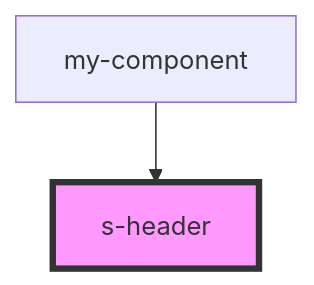
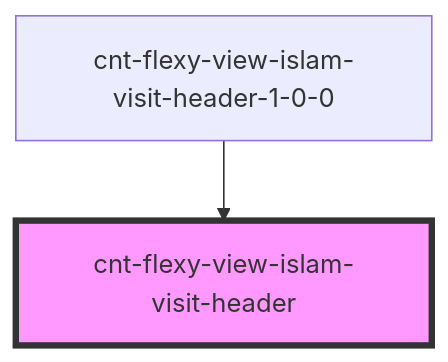
Before and after one commit to Muzagov/Visit: the diagram in src/components/cnt-flexy-view-islam-visit-header-1-0-0/res/view/cnt-flexy-view-islam-visit-header/readme.md, drawn with Mermaid. The commit also changed other lines of this file and 19 other files, not shown here.

````diff
--- a/src/components/cnt-flexy-view-islam-visit-header-1-0-0/res/view/cnt-flexy-view-islam-visit-header/readme.md
+++ b/src/components/cnt-flexy-view-islam-visit-header-1-0-0/res/view/cnt-flexy-view-islam-visit-header/readme.md
@@ -22,5 +32,5 @@
 ```mermaid
 graph TD;
-  my-component --> s-header
-  style s-header fill:#f9f,stroke:#333,stroke-width:4px
+  cnt-flexy-view-islam-visit-header-1-0-0 --> cnt-flexy-view-islam-visit-header
+  style cnt-flexy-view-islam-visit-header fill:#f9f,stroke:#333,stroke-width:4px
 ```
````
